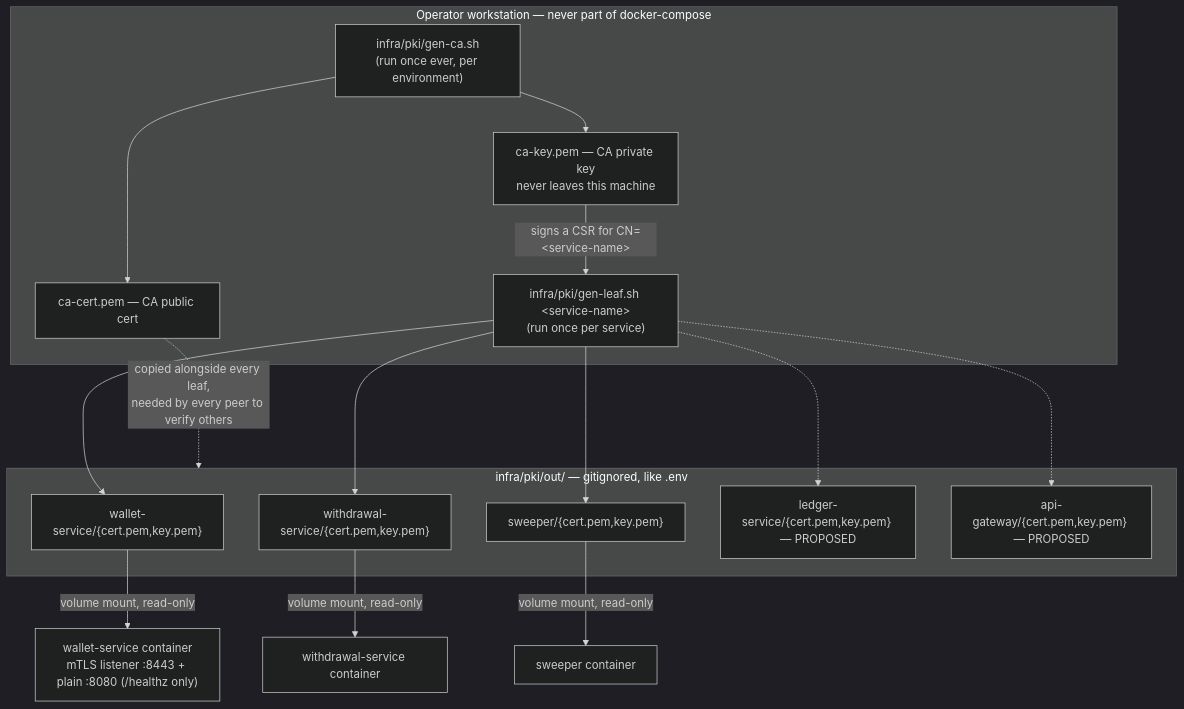
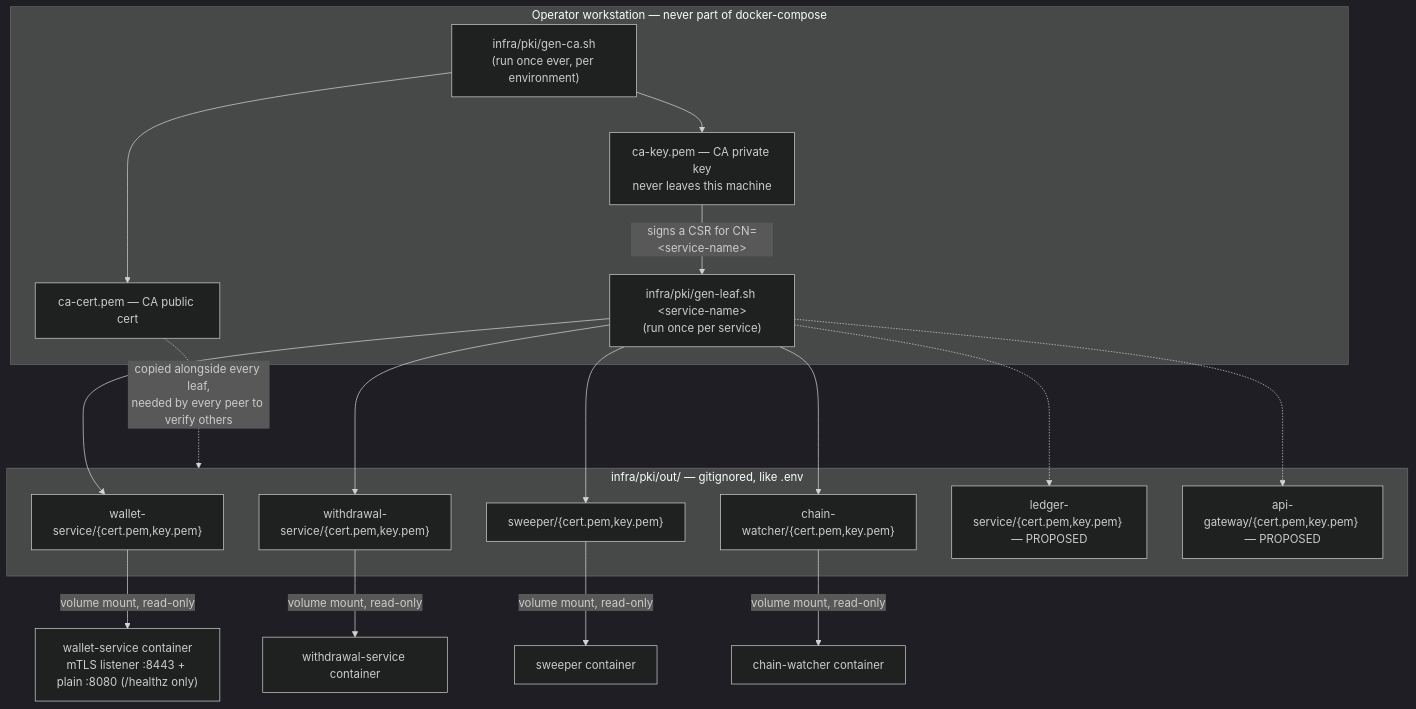
One commit to VuKhuongDuy/DigiWal changed the first of 2 diagrams in docs/design/service-auth-mtls.md. Above: the diagram before and after it, drawn with Mermaid (dark theme). The commit also changed other lines of this file and 4 other files, not shown here.

````diff
--- a/docs/design/service-auth-mtls.md
+++ b/docs/design/service-auth-mtls.md
@@ -166,32 +166,35 @@
 ```mermaid
 flowchart TB
     subgraph Op["Operator workstation — never part of docker-compose"]
         script1["infra/pki/gen-ca.sh<br/>(run once ever, per environment)"]
         cakey["ca-key.pem — CA private key<br/>never leaves this machine"]
         cacert["ca-cert.pem — CA public cert"]
         script2["infra/pki/gen-leaf.sh &lt;service-name&gt;<br/>(run once per service)"]
     end
 
     script1 --> cakey
     script1 --> cacert
     cakey -->|signs a CSR for CN=&lt;service-name&gt;| script2
 
     subgraph Out["infra/pki/out/ — gitignored, like .env"]
         ws["wallet-service/{cert.pem,key.pem}"]
         wd["withdrawal-service/{cert.pem,key.pem}"]
         sw["sweeper/{cert.pem,key.pem}"]
+        cw["chain-watcher/{cert.pem,key.pem}"]
         lg["ledger-service/{cert.pem,key.pem} — PROPOSED"]
         ag["api-gateway/{cert.pem,key.pem} — PROPOSED"]
     end
 
     script2 --> ws
     script2 --> wd
     script2 --> sw
+    script2 --> cw
     script2 -.-> lg
     script2 -.-> ag
     cacert -.->|copied alongside every leaf,<br/>needed by every peer to verify others| Out
 
     ws -->|volume mount, read-only| WSc["wallet-service container<br/>mTLS listener :8443 + plain :8080 (/healthz only)"]
     wd -->|volume mount, read-only| WDc["withdrawal-service container"]
     sw -->|volume mount, read-only| SWc["sweeper container"]
+    cw -->|volume mount, read-only| CWc["chain-watcher container"]
 ```
````
